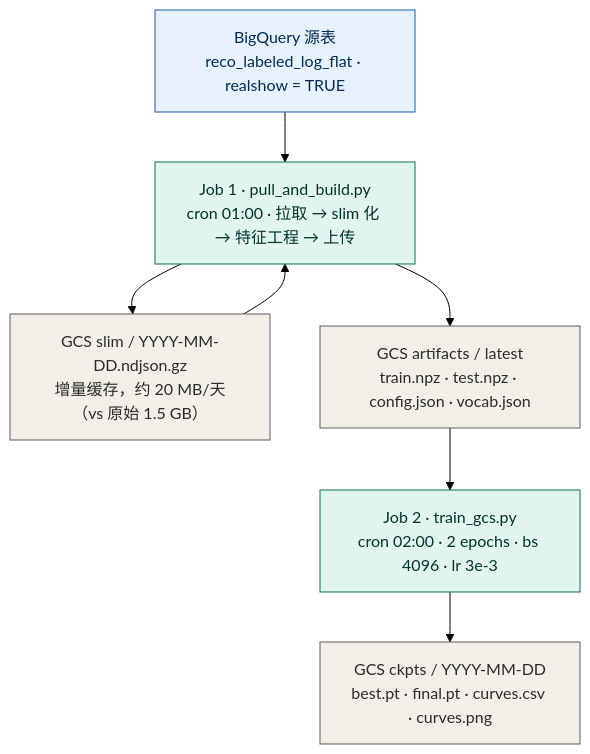
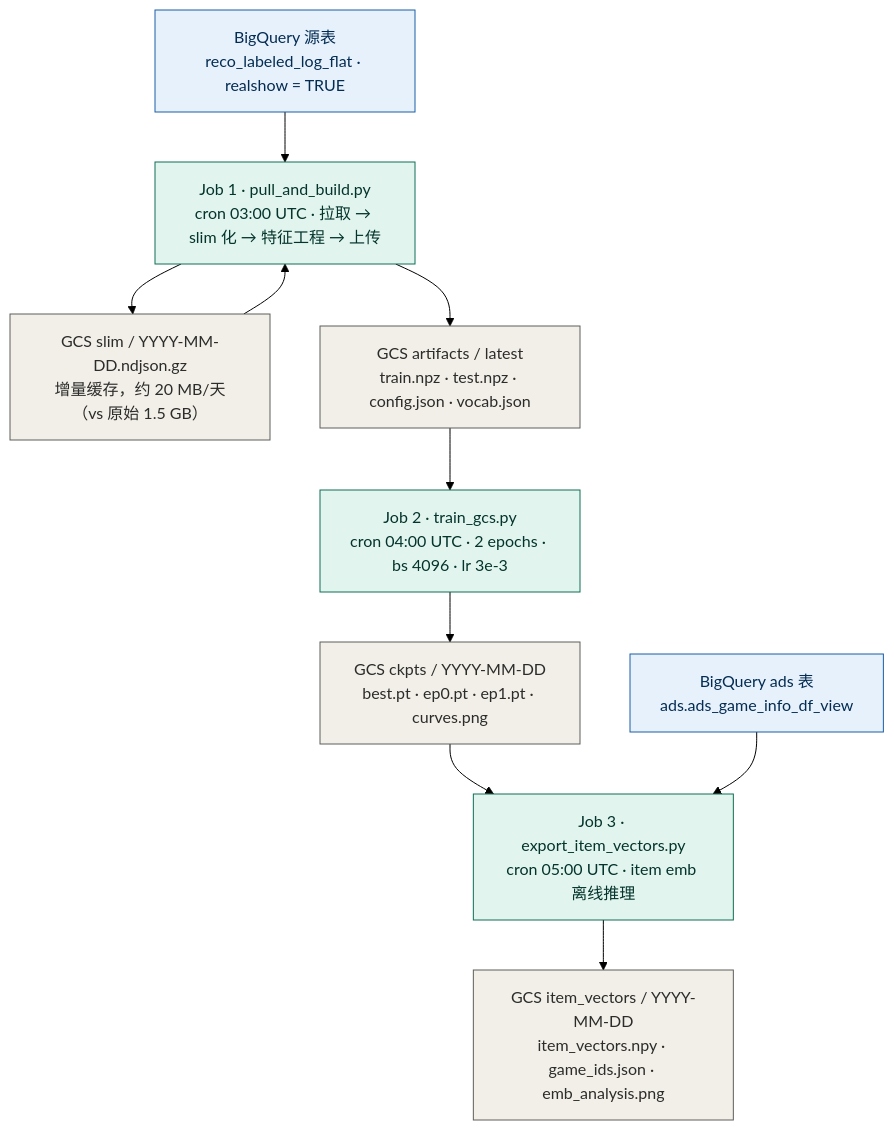
The first of 2 diagrams in README.md (rezona-ai/rezona-reco-model), drawn with Mermaid (forest theme) before and after one commit. The commit also changed other lines of this file and 16 other files, not shown here.

````diff
--- a/README.md
+++ b/README.md
@@ -19,17 +20,21 @@
 ```mermaid
 flowchart TD
     BQ["BigQuery 源表<br/>reco_labeled_log_flat · realshow = TRUE"]
-    J1["Job 1 · pull_and_build.py<br/>cron 01:00 · 拉取 → slim 化 → 特征工程 → 上传"]
+    BQADS["BigQuery ads 表<br/>ads.ads_game_info_df_view"]
+    J1["Job 1 · pull_and_build.py<br/>cron 03:00 UTC · 拉取 → slim 化 → 特征工程 → 上传"]
     SLIM["GCS slim / YYYY-MM-DD.ndjson.gz<br/>增量缓存，约 20 MB/天（vs 原始 1.5 GB）"]
     ART["GCS artifacts / latest<br/>train.npz · test.npz · config.json · vocab.json"]
-    J2["Job 2 · train_gcs.py<br/>cron 02:00 · 2 epochs · bs 4096 · lr 3e-3"]
-    CKPT["GCS ckpts / YYYY-MM-DD<br/>best.pt · final.pt · curves.csv · curves.png"]
-    BQ --> J1 --> SLIM --> J1 --> ART --> J2 --> CKPT
+    J2["Job 2 · train_gcs.py<br/>cron 04:00 UTC · 2 epochs · bs 4096 · lr 3e-3"]
+    CKPT["GCS ckpts / YYYY-MM-DD<br/>best.pt · ep0.pt · ep1.pt · curves.png"]
+    J3["Job 3 · export_item_vectors.py<br/>cron 05:00 UTC · item emb 离线推理"]
+    VEC["GCS item_vectors / YYYY-MM-DD<br/>item_vectors.npy · game_ids.json · emb_analysis.png"]
+    BQ --> J1 --> SLIM --> J1 --> ART --> J2 --> CKPT --> J3
+    BQADS --> J3 --> VEC
 
     classDef source fill:#E6F1FB,stroke:#185FA5,color:#042C53;
     classDef compute fill:#E1F5EE,stroke:#0F6E56,color:#04342C;
     classDef storage fill:#F1EFE8,stroke:#5F5E5A,color:#2C2C2A;
-    class BQ source;
-    class J1,J2 compute;
-    class SLIM,ART,CKPT storage;
+    class BQ,BQADS source;
+    class J1,J2,J3 compute;
+    class SLIM,ART,CKPT,VEC storage;
 ```
````
